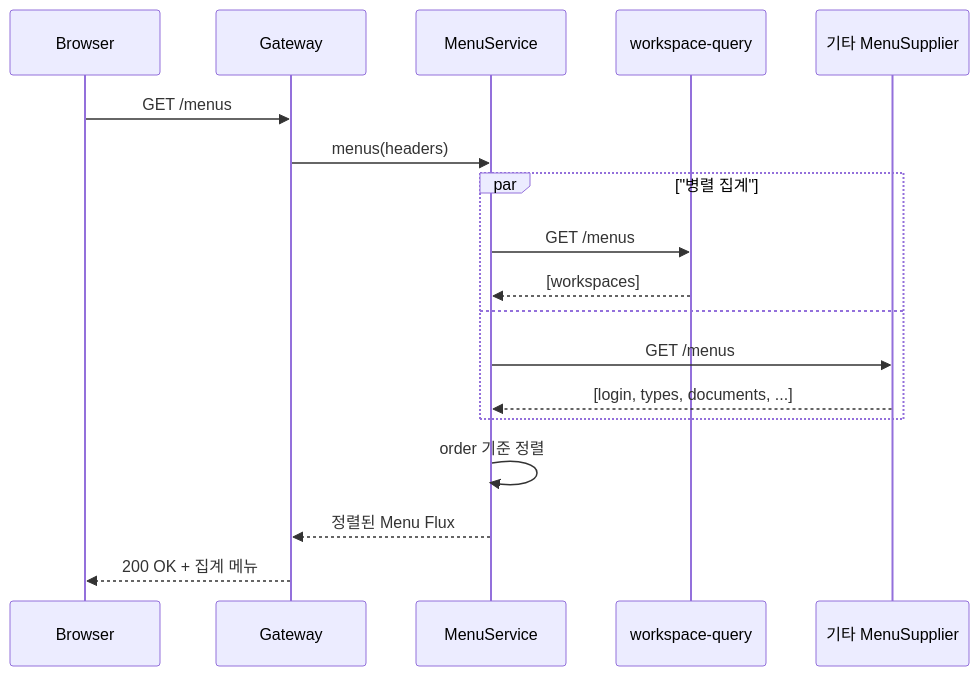
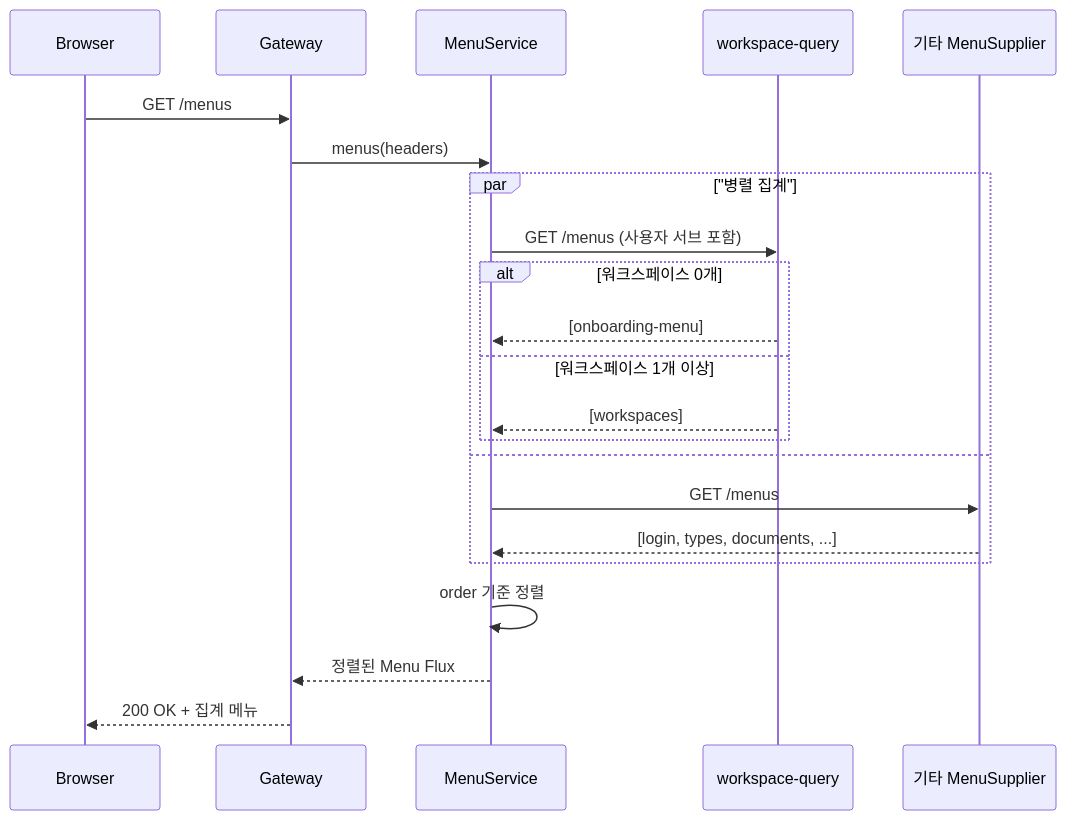
The first of 3 diagrams in workspace-query/USECASE.md (sayaya1090/handbook), drawn with Mermaid before and after one commit. The commit also changed other lines of this file and 7 other files, not shown here.

````diff
--- a/workspace-query/USECASE.md
+++ b/workspace-query/USECASE.md
@@ -18,21 +18,25 @@
 ```mermaid
 sequenceDiagram
     participant Browser
     participant Gateway
     participant MenuService
     participant SW as workspace-query
     participant Others as 기타 MenuSupplier
 
     Browser->>Gateway: GET /menus
     Gateway->>MenuService: menus(headers)
     par "병렬 집계"
-        MenuService->>SW: GET /menus
-        SW-->>MenuService: [workspaces]
+        MenuService->>SW: GET /menus (사용자 서브 포함)
+        alt 워크스페이스 0개
+            SW-->>MenuService: [onboarding-menu]
+        else 워크스페이스 1개 이상
+            SW-->>MenuService: [workspaces]
+        end
     and
         MenuService->>Others: GET /menus
         Others-->>MenuService: [login, types, documents, ...]
     end
     MenuService->>MenuService: order 기준 정렬
     MenuService-->>Gateway: 정렬된 Menu Flux
     Gateway-->>Browser: 200 OK + 집계 메뉴
 ```
````
